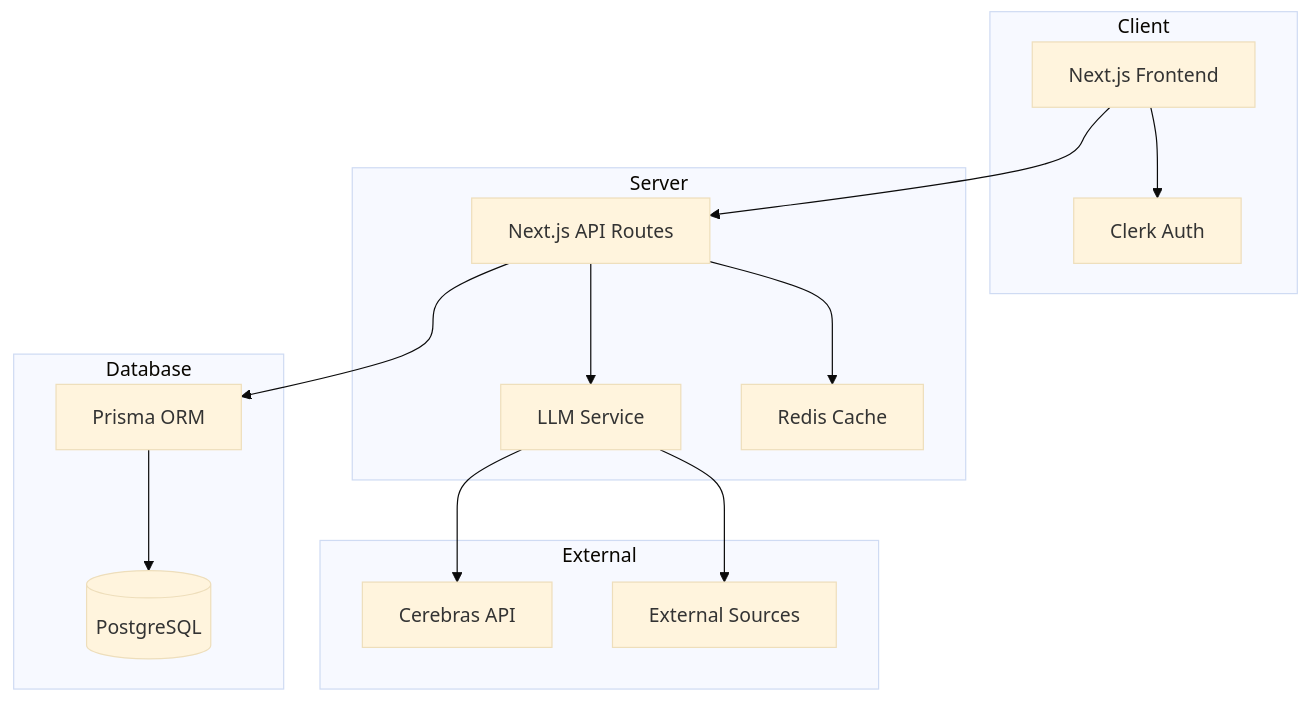
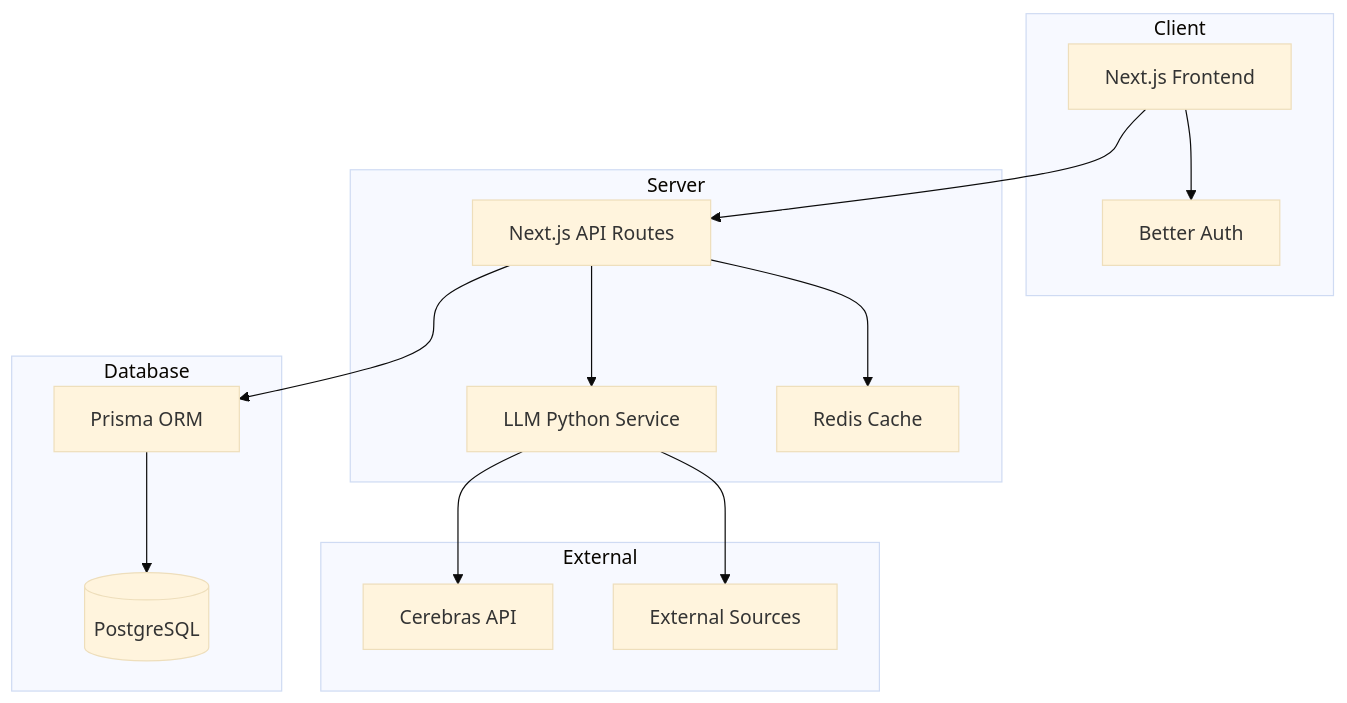
Before and after one commit to open-biz/OpenBookLM: the diagram in README.md, drawn with Mermaid (base theme). The commit also changed other lines of this file and 12 other files, not shown here.

Commit message:
refactor: complete transition to Better Auth, cleanup Clerk, add Guest cookie session persistence

````diff
--- a/README.md
+++ b/README.md
@@ -107,32 +107,32 @@
 ```mermaid
 graph TD
     subgraph Client
         UI[Next.js Frontend]
-        Auth[Clerk Auth]
+        Auth[Better Auth]
     end
 
     subgraph Server
         API[Next.js API Routes]
-        LLM[LLM Service]
+        LLM[LLM Python Service]
         Cache[Redis Cache]
     end
 
     subgraph Database
         PG[(PostgreSQL)]
         Prisma[Prisma ORM]
     end
 
     subgraph External
         Cerebras[Cerebras API]
         Sources[External Sources]
     end
 
     UI --> Auth
     UI --> API
     API --> LLM
     API --> Cache
     API --> Prisma
     Prisma --> PG
     LLM --> Cerebras
     LLM --> Sources
 ```
````
